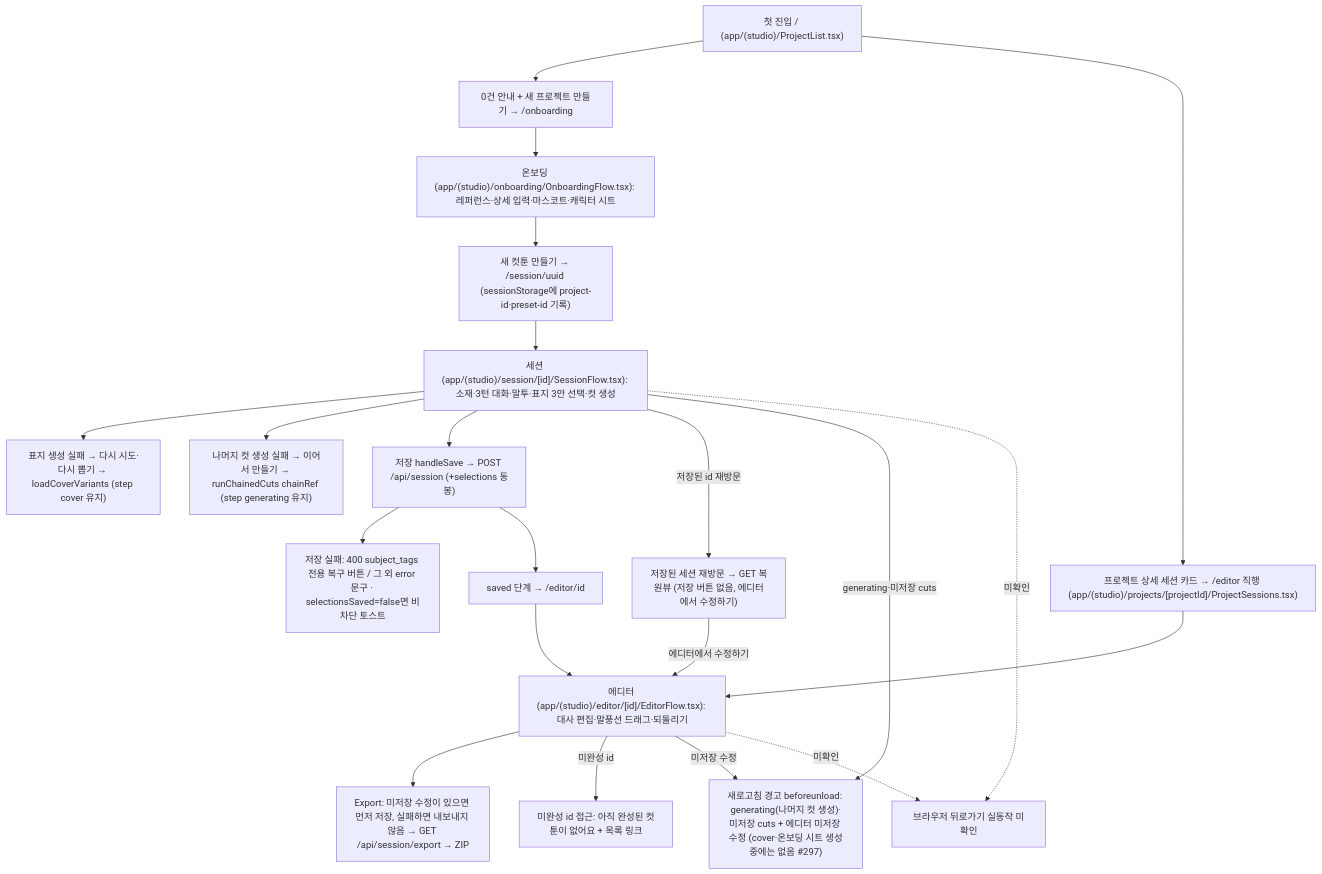
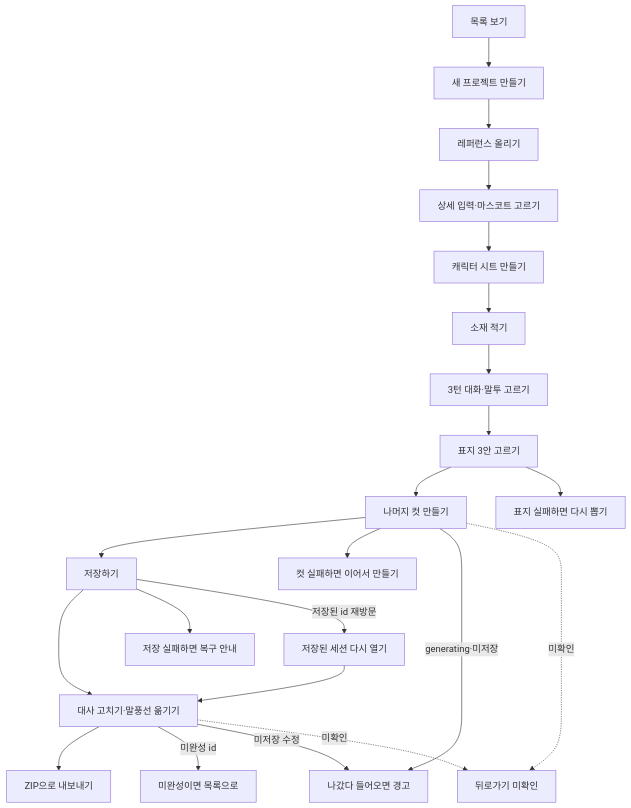
The first of 3 diagrams in docs/flows.md (chictimin/cuttoon-copilot), drawn with Mermaid before and after one commit. The commit also changed other lines of this file, not shown here.

Commit message:
docs(flows): 사용자·프로세스 흐름 재구성 — 짧은 라벨 척추 + 레인 없는 프로세스 + 상세 접기

````diff
--- a/docs/flows.md
+++ b/docs/flows.md
@@ -11,34 +11,33 @@
 ```mermaid
 flowchart TD
-  L0["첫 진입 / (app/(studio)/ProjectList.tsx)"]
-  L1["0건 안내 + 새 프로젝트 만들기 → /onboarding"]
-  L2["온보딩 (app/(studio)/onboarding/OnboardingFlow.tsx): 레퍼런스·상세 입력·마스코트·캐릭터 시트"]
-  L3["새 컷툰 만들기 → /session/uuid (sessionStorage에 project-id·preset-id 기록)"]
-  S0["세션 (app/(studio)/session/[id]/SessionFlow.tsx): 소재·3턴 대화·말투·표지 3안 선택·컷 생성"]
-  S1a["표지 생성 실패 → 다시 시도·다시 뽑기 → loadCoverVariants (step cover 유지)"]
-  S1b["나머지 컷 생성 실패 → 이어서 만들기 → runChainedCuts chainRef (step generating 유지)"]
-  S2["저장 handleSave → POST /api/session (+selections 동봉)"]
-  S3["저장 실패: 400 subject_tags 전용 복구 버튼 / 그 외 error 문구 · selectionsSaved=false면 비차단 토스트"]
-  S4["saved 단계 → /editor/id"]
-  R0["저장된 세션 재방문 → GET 복원뷰 (저장 버튼 없음, 에디터에서 수정하기)"]
-  R1["프로젝트 상세 세션 카드 → /editor 직행 (app/(studio)/projects/[projectId]/ProjectSessions.tsx)"]
-  E0["에디터 (app/(studio)/editor/[id]/EditorFlow.tsx): 대사 편집·말풍선 드래그·되돌리기"]
-  E1["미완성 id 접근: 아직 완성된 컷툰이 없어요 + 목록 링크"]
-  E2["Export: 미저장 수정이 있으면 먼저 저장, 실패하면 내보내지 않음 → GET /api/session/export → ZIP"]
-  W0["새로고침 경고 beforeunload: generating(나머지 컷 생성)·미저장 cuts + 에디터 미저장 수정 (cover·온보딩 시트 생성중에는 없음 #297)"]
-  W1["브라우저 뒤로가기 실동작 미확인"]
+  F1["목록 보기"]
+  F2["새 프로젝트 만들기"]
+  F3["레퍼런스 올리기"]
+  F4["상세 입력·마스코트 고르기"]
+  F5["캐릭터 시트 만들기"]
+  F6["소재 적기"]
+  F7["3턴 대화·말투 고르기"]
+  F8["표지 3안 고르기"]
+  F9["나머지 컷 만들기"]
+  F10["저장하기"]
+  F11["대사 고치기·말풍선 옮기기"]
+  F12["ZIP으로 내보내기"]
+  B1["표지 실패하면 다시 뽑기"]
+  B2["컷 실패하면 이어서 만들기"]
+  B3["저장 실패하면 복구 안내"]
+  B4["저장된 세션 다시 열기"]
+  B5["미완성이면 목록으로"]
+  B6["나갔다 들어오면 경고"]
+  B7["뒤로가기 미확인"]
 
-  L0 --> L1 --> L2 --> L3 --> S0
-  S0 --> S1a
-  S0 --> S1b
-  S0 --> S2
-  S2 --> S3
-  S2 --> S4 --> E0 --> E2
-  S0 -- "저장된 id 재방문" --> R0 -- "에디터에서 수정하기" --> E0
-  L0 --> R1 --> E0
-  E0 -- "미완성 id" --> E1
-  S0 -- "generating·미저장 cuts" --> W0
-  E0 -- "미저장 수정" --> W0
-  S0 -. "미확인" .-> W1
-  E0 -. "미확인" .-> W1
+  F1 --> F2 --> F3 --> F4 --> F5 --> F6 --> F7 --> F8 --> F9 --> F10 --> F11 --> F12
+  F8 --> B1
+  F9 --> B2
+  F10 --> B3
+  F10 -- "저장된 id 재방문" --> B4 --> F11
+  F11 -- "미완성 id" --> B5
+  F9 -- "generating·미저장" --> B6
+  F11 -- "미저장 수정" --> B6
+  F9 -. "미확인" .-> B7
+  F11 -. "미확인" .-> B7
 ```
````
